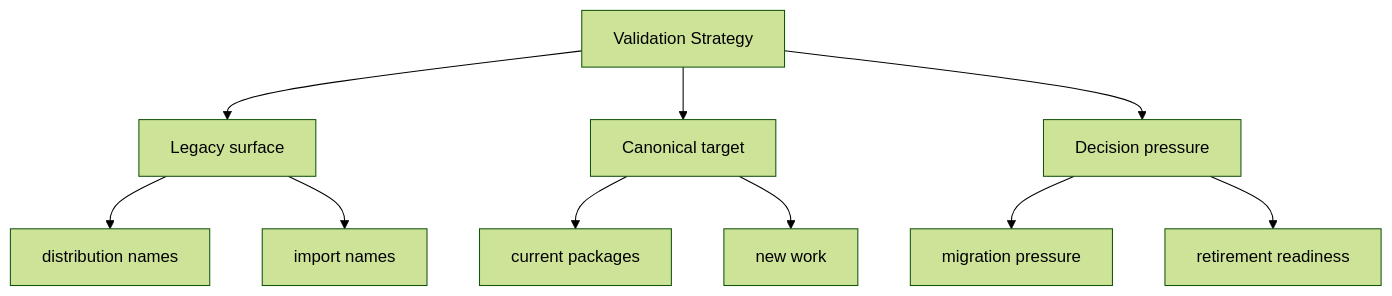
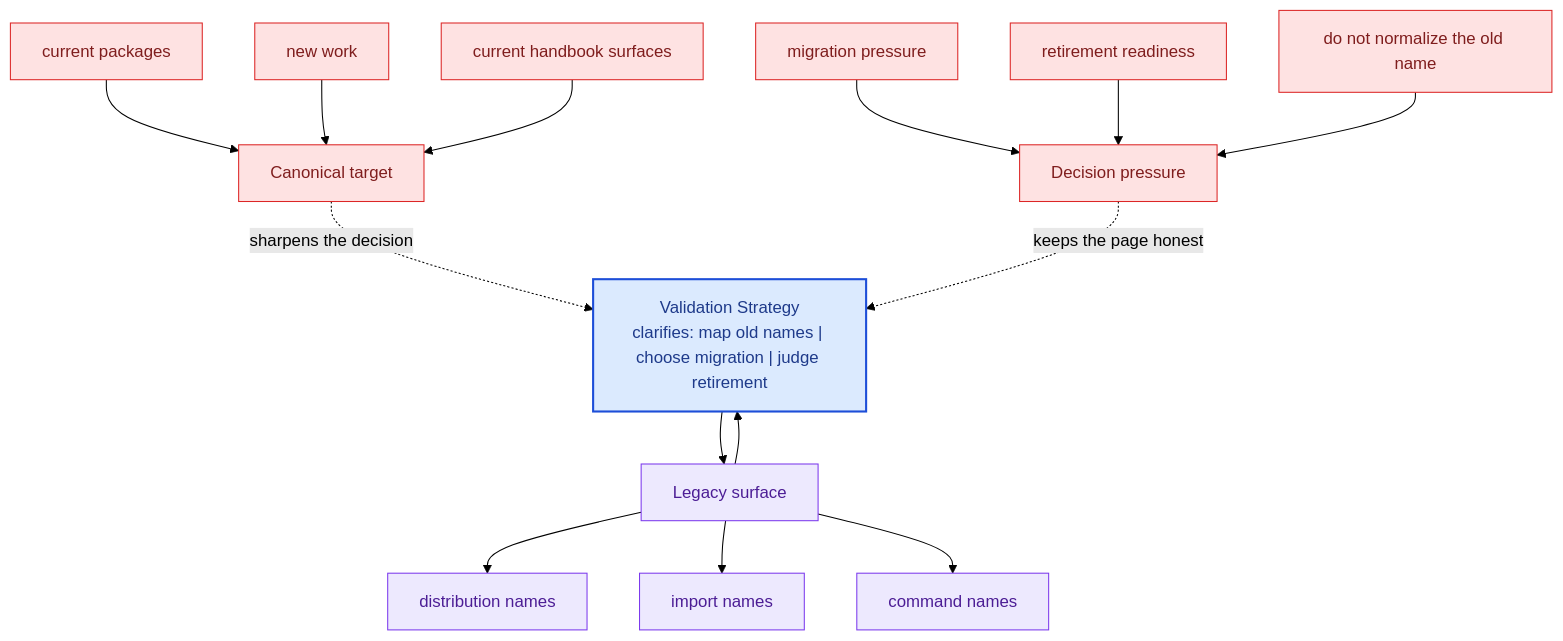
One commit to bijux/bijux-canon changed the second of 2 diagrams in docs/compat-packages/validation-strategy.md. Above: the diagram before and after it, drawn with Mermaid (forest theme). The commit also changed other lines of this file and 281 other files, not shown here.

Commit message:
docs(diagrams): deepen handbook mermaid maps across the catalog

````diff
--- a/docs/compat-packages/validation-strategy.md
+++ b/docs/compat-packages/validation-strategy.md
@@ -35,22 +68,40 @@
 ```mermaid
-flowchart TD
-    page["Validation Strategy"]
+flowchart TB
+    promise["Validation Strategy<br/>clarifies: map old names | choose migration | judge retirement"]
+    classDef promise fill:#dbeafe,stroke:#1d4ed8,color:#1e3a8a,stroke-width:2px;
+    classDef driver fill:#dcfce7,stroke:#16a34a,color:#14532d;
+    classDef constraint fill:#fee2e2,stroke:#dc2626,color:#7f1d1d;
+    classDef ground fill:#ede9fe,stroke:#7c3aed,color:#4c1d95;
     focus1["Legacy surface"]
-    page --> focus1
+    focus1 --> promise
+    promise --> focus1
     focus1_1["distribution names"]
     focus1 --> focus1_1
     focus1_2["import names"]
     focus1 --> focus1_2
+    focus1_3["command names"]
+    focus1 --> focus1_3
+    class focus1 ground;
+    class focus1_1,focus1_2,focus1_3 ground;
     focus2["Canonical target"]
-    page --> focus2
+    focus2 -.sharpens the decision.-> promise
     focus2_1["current packages"]
-    focus2 --> focus2_1
+    focus2_1 --> focus2
     focus2_2["new work"]
-    focus2 --> focus2_2
+    focus2_2 --> focus2
+    focus2_3["current handbook surfaces"]
+    focus2_3 --> focus2
+    class focus2 constraint;
+    class focus2_1,focus2_2,focus2_3 constraint;
     focus3["Decision pressure"]
-    page --> focus3
+    focus3 -.keeps the page honest.-> promise
     focus3_1["migration pressure"]
-    focus3 --> focus3_1
+    focus3_1 --> focus3
     focus3_2["retirement readiness"]
-    focus3 --> focus3_2
+    focus3_2 --> focus3
+    focus3_3["do not normalize the old name"]
+    focus3_3 --> focus3
+    class focus3 constraint;
+    class focus3_1,focus3_2,focus3_3 constraint;
+    class promise promise;
 ```
````
